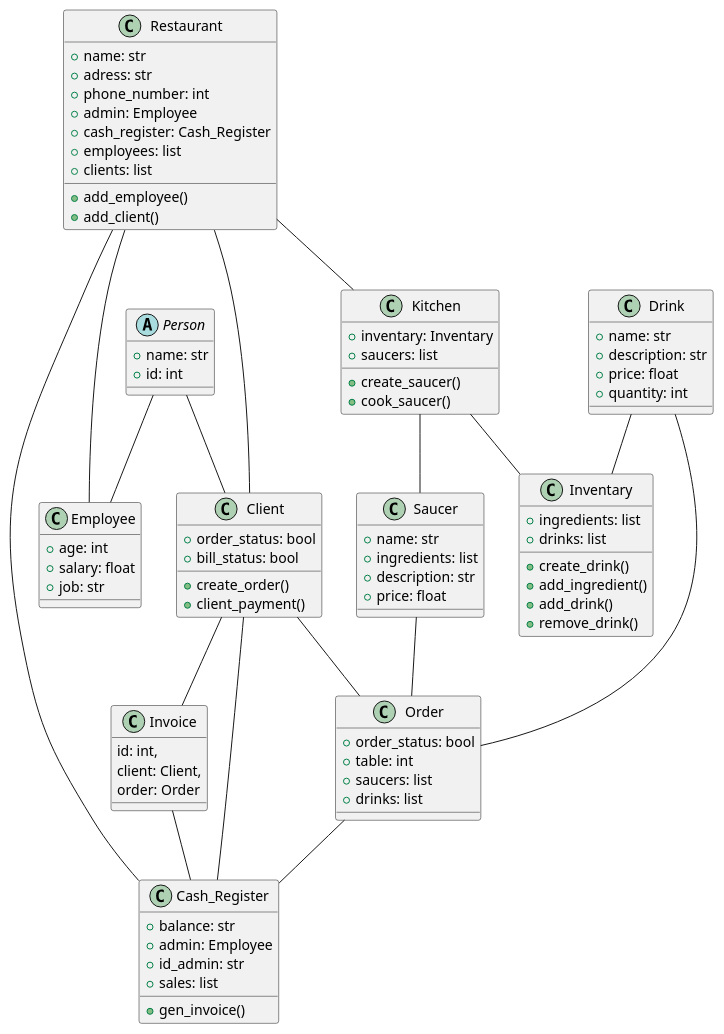
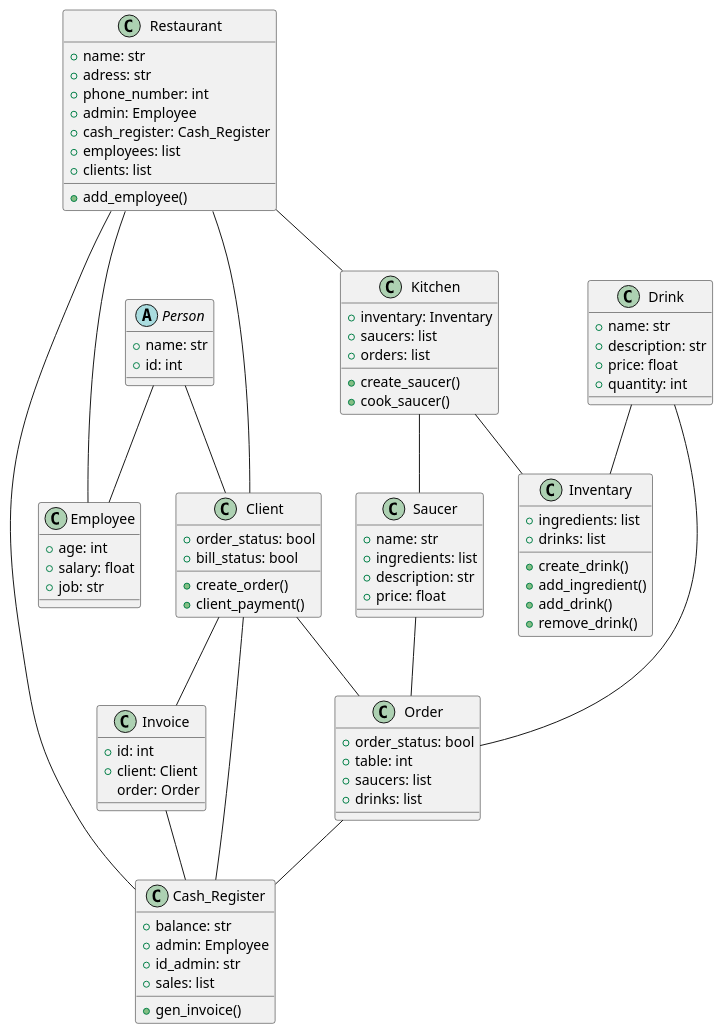
Before and after one commit to MikeBuelvas/Restaurantsv2: the diagram in Restaurants-main/Restaurant.puml, drawn with PlantUML.

```diff
--- a/Restaurants-main/Restaurant.puml
+++ b/Restaurants-main/Restaurant.puml
@@ -1,102 +1,102 @@
-@startuml
+@startuml Restaurant uml
 
 class Restaurant{
 +name: str
 +adress: str
 +phone_number: int
 +admin: Employee
 +cash_register: Cash_Register
 +employees: list
 +clients: list
-+add_employee()
-+add_client()  
++add_employee() 
 }
 
 abstract class "Person"{
 +name: str
 +id: int 
 }
 
 class Employee{
 +age: int
 +salary: float
 +job: str  
 }
 
 class Client{
 +order_status: bool
 +bill_status: bool
 +create_order()
 +client_payment()
 } 
 	
 class Saucer{
 +name: str
 +ingredients: list
 +description: str
 +price: float 
 }
 
 class Drink{
 +name: str
 +description: str
 +price: float
 +quantity: int 
 }
 
 class Order{
 +order_status: bool
 +table: int
 +saucers: list 
 +drinks: list
 }
 
 class Invoice{
-id: int,
-client: Client,
++id: int
++client: Client
 order: Order  
 }
 
 class Kitchen{
 +inventary: Inventary
 +saucers: list
++orders: list
 +create_saucer()
 +cook_saucer()
 }
 
 class Cash_Register{
 +balance: str
 +admin: Employee
 +id_admin: str
 +sales: list
 +gen_invoice()
 }
 
 class Inventary{
 +ingredients: list
 +drinks: list
 +create_drink()
 +add_ingredient()
 +add_drink()
 +remove_drink()
 }
 
 Person -- Client
 Person -- Employee
 Restaurant -- Client
 Restaurant -- Employee
 Restaurant -- Kitchen
 Restaurant -- Cash_Register
 Invoice -- Cash_Register
 Kitchen-- Inventary
 Kitchen-- Saucer
 Saucer -- Order
 Drink -- Order
 Drink --Inventary
 
 Client -- Invoice
 Client -- Order
 Order -- Cash_Register
 Client -- Cash_Register
 
 @enduml
```
